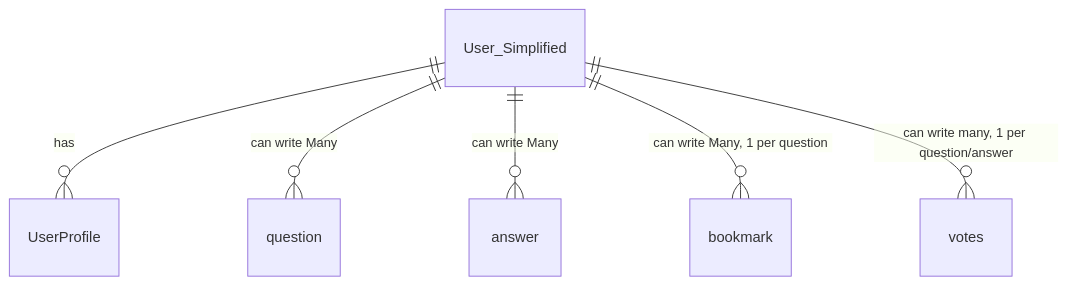
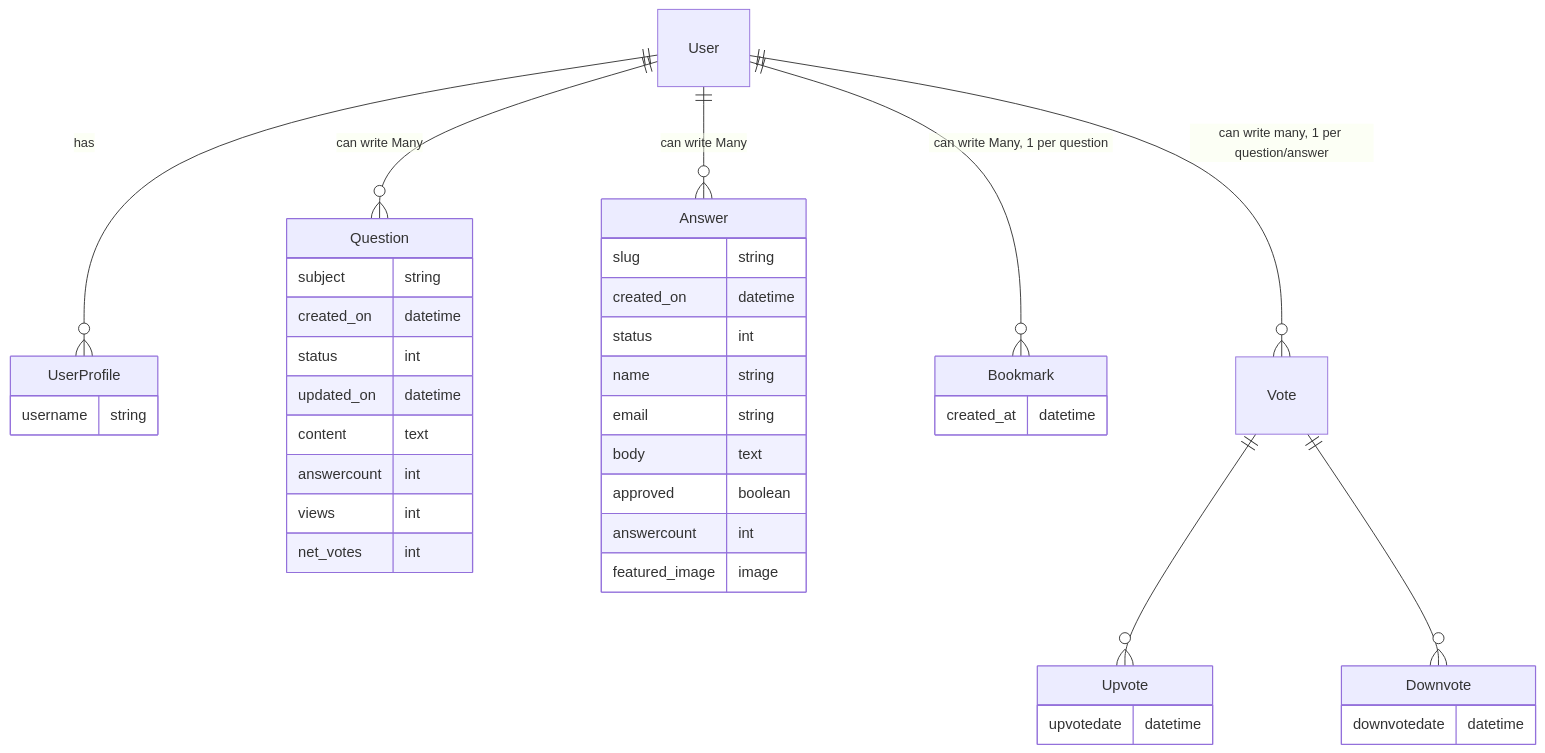
The first of 2 diagrams in readme.md (lmcrean/documentations), drawn with Mermaid before and after one commit. The commit also changed other lines of this file, not shown here.

Commit message:
Refactored user and question diagrams for better readability

````diff
--- a/readme.md
+++ b/readme.md
@@ -205,8 +207,50 @@
 ```mermaid
 erDiagram
-    User_Simplified ||--o{ UserProfile : "has"
-    User_Simplified ||--o{ question : "can write Many"
-    User_Simplified ||--o{ answer : "can write Many"
-    User_Simplified ||--o{ bookmark : "can write Many, 1 per question"
-    User_Simplified ||--o{ votes : "can write many, 1 per question/answer"
+    User ||--o{ UserProfile : "has"
+    User ||--o{ Question : "can write Many"
+    User ||--o{ Answer : "can write Many"
+    User ||--o{ Bookmark : "can write Many, 1 per question"
+    User ||--o{ Vote : "can write many, 1 per question/answer"
+    Vote ||--o{ Upvote : ""
+    Vote ||--o{ Downvote : ""
+
+
+
+    UserProfile {
+        username string
+    }
+
+        Bookmark {
+        created_at datetime
+    }
+
+    Upvote {
+        upvotedate datetime
+    }
+    Downvote {
+        downvotedate datetime
+    }
+
+    Answer {
+        slug string
+        created_on datetime
+        status int
+        name string
+        email string
+        body text
+        approved boolean
+        answercount int
+        featured_image image
+    }
+
+    Question {
+        subject string
+        created_on datetime
+        status int
+        updated_on datetime
+        content text
+        answercount int
+        views int
+        net_votes int
+    }
 ```
````
